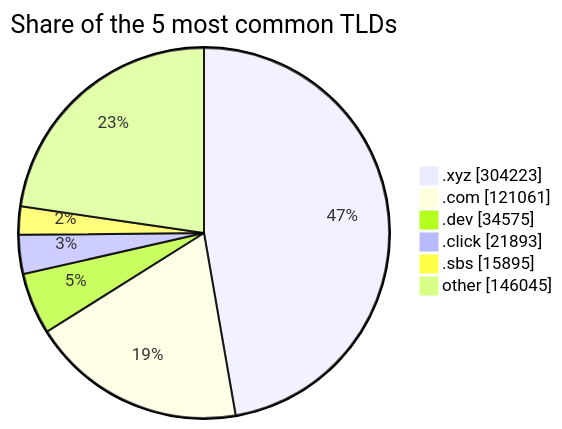
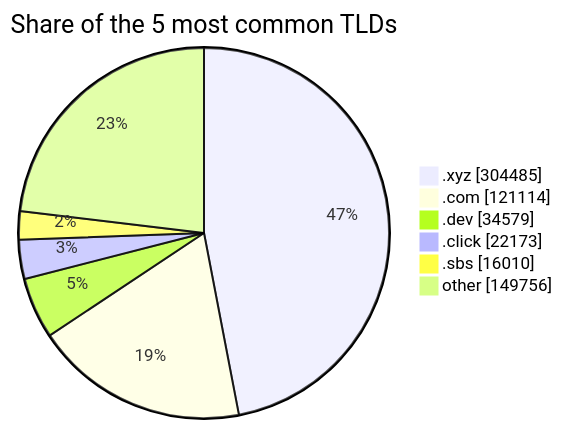
Before and after one commit to DNSBunker/CTI: the third of 3 diagrams in README.md, drawn with Mermaid. The commit also changed other lines of this file and 3 other files, not shown here.

````diff
--- a/README.md
+++ b/README.md
@@ -81,9 +81,9 @@
 ```mermaid
 pie showData title Share of the 5 most common TLDs
-    ".xyz" : 304223
-    ".com" : 121061
-    ".dev" : 34575
-    ".click" : 21893
-    ".sbs" : 15895
-    "other" : 146045
+    ".xyz" : 304485
+    ".com" : 121114
+    ".dev" : 34579
+    ".click" : 22173
+    ".sbs" : 16010
+    "other" : 149756
 ```
````
